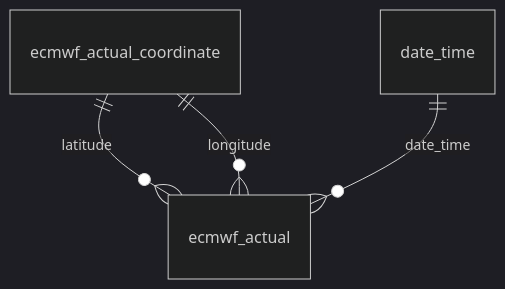
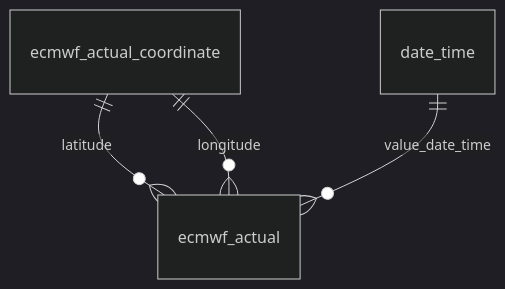
One commit to weizhi-luo/udacity-data-engineer-capstone-project changed the second of 3 diagrams in README.md. Above: the diagram before and after it, drawn with Mermaid (dark theme). The commit also changed other lines of this file and 1 other file, not shown here.

````diff
--- a/README.md
+++ b/README.md
@@ -243,6 +243,6 @@
 ```mermaid
 erDiagram
 ecmwf_actual_coordinate ||--o{ ecmwf_actual : latitude
 ecmwf_actual_coordinate ||--o{ ecmwf_actual : longitude
-date_time ||--o{ ecmwf_actual : date_time
+date_time ||--o{ ecmwf_actual : value_date_time
 ```
````
